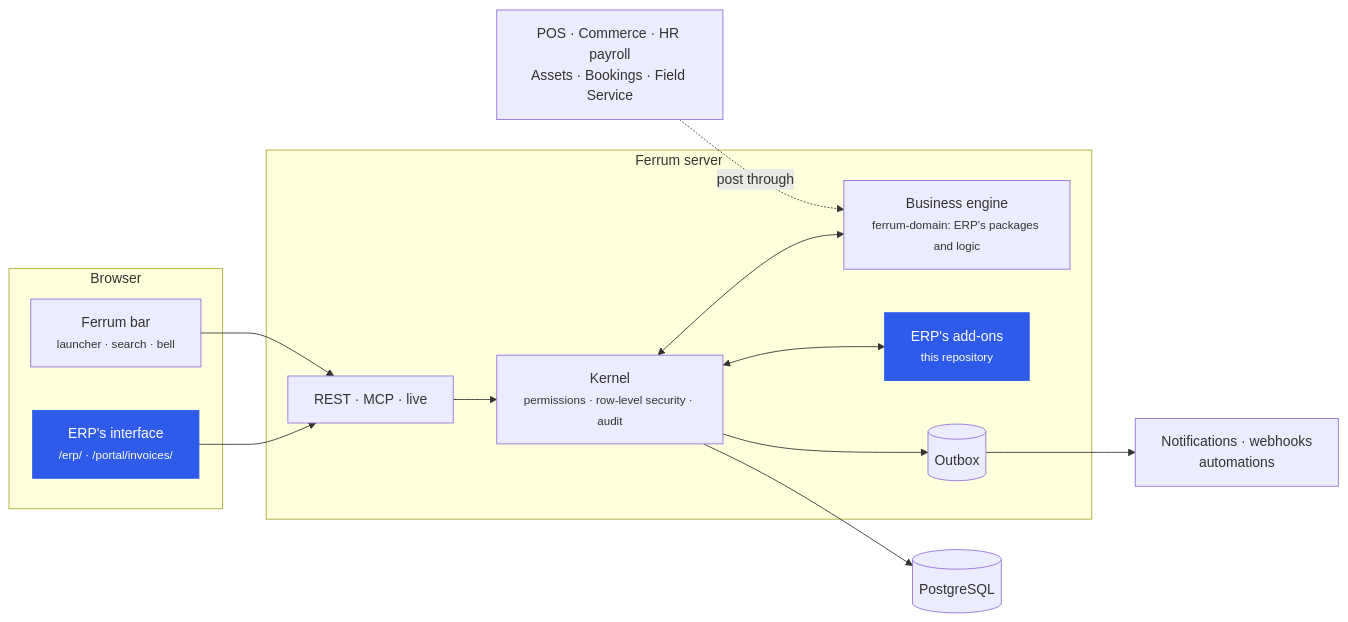
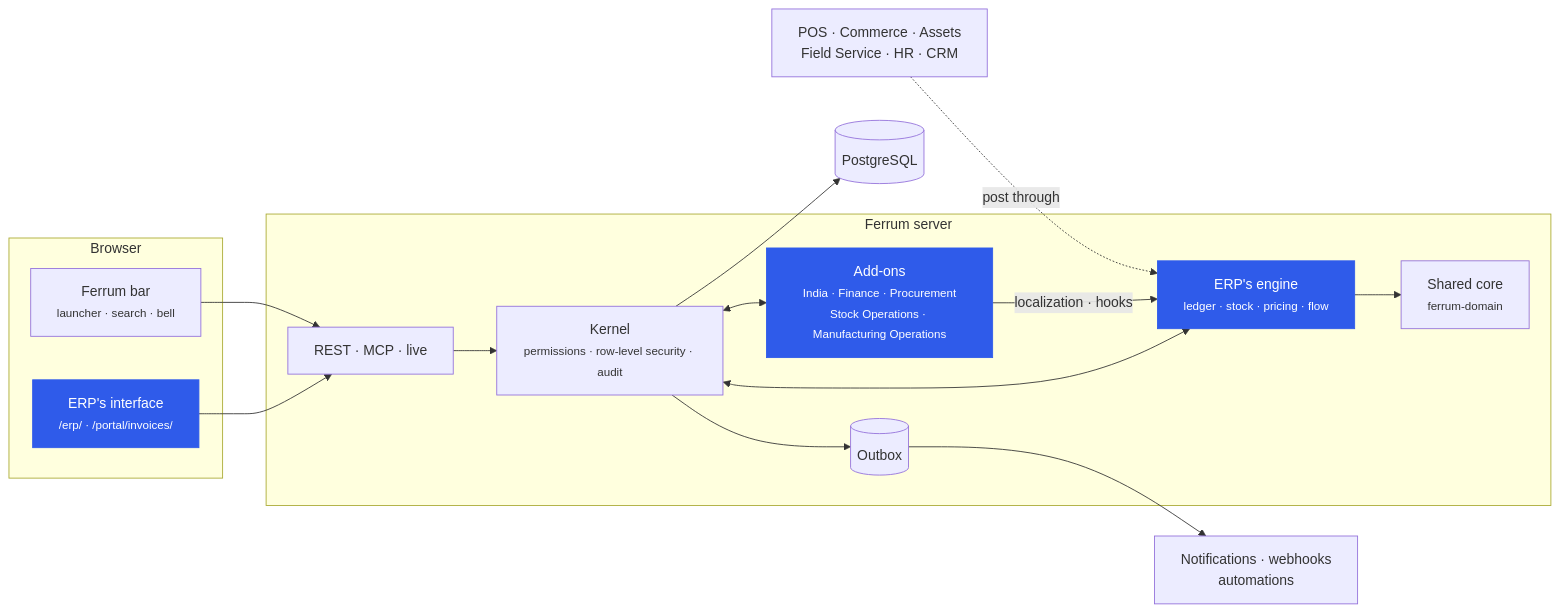
Before and after one commit to CBFerrum/ferrum-app-erp: the second of 3 diagrams in README.md, drawn with Mermaid. The commit also changed other lines of this file, not shown here.

Commit message:
README: ERP holds its packages and engine, India is an add-on on the localization seam (stage 3)

````diff
--- a/README.md
+++ b/README.md
@@ -119,23 +141,26 @@
 ```mermaid
 flowchart LR
     subgraph Browser
         UI["ERP's interface<br/><small>/erp/ · /portal/invoices/</small>"]
         BAR["Ferrum bar<br/><small>launcher · search · bell</small>"]
     end
     subgraph Server["Ferrum server"]
         API["REST · MCP · live"]
         K["Kernel<br/><small>permissions · row-level security · audit</small>"]
-        DOM["Business engine<br/><small>ferrum-domain: ERP's packages and logic</small>"]
-        ADD["ERP's add-ons<br/><small>this repository</small>"]
+        ENG["ERP's engine<br/><small>ledger · stock · pricing · flow</small>"]
+        ADD["Add-ons<br/><small>India · Finance · Procurement<br/>Stock Operations · Manufacturing Operations</small>"]
+        CORE["Shared core<br/><small>ferrum-domain</small>"]
         OB[("Outbox")]
     end
     DB[("PostgreSQL")]
     UI --> API --> K --> DB
     BAR --> API
-    K <--> DOM
+    K <--> ENG
     K <--> ADD
+    ADD -->|localization · hooks| ENG
+    ENG --> CORE
     K --> OB --> EV["Notifications · webhooks<br/>automations"]
-    APPS["POS · Commerce · HR payroll<br/>Assets · Bookings · Field Service"] -. post through .-> DOM
+    APPS["POS · Commerce · Assets<br/>Field Service · HR · CRM"] -. post through .-> ENG
     classDef erp fill:#2f5bea,color:#fff,stroke:#2f5bea
-    class UI,ADD erp
+    class UI,ENG,ADD erp
 ```
````
